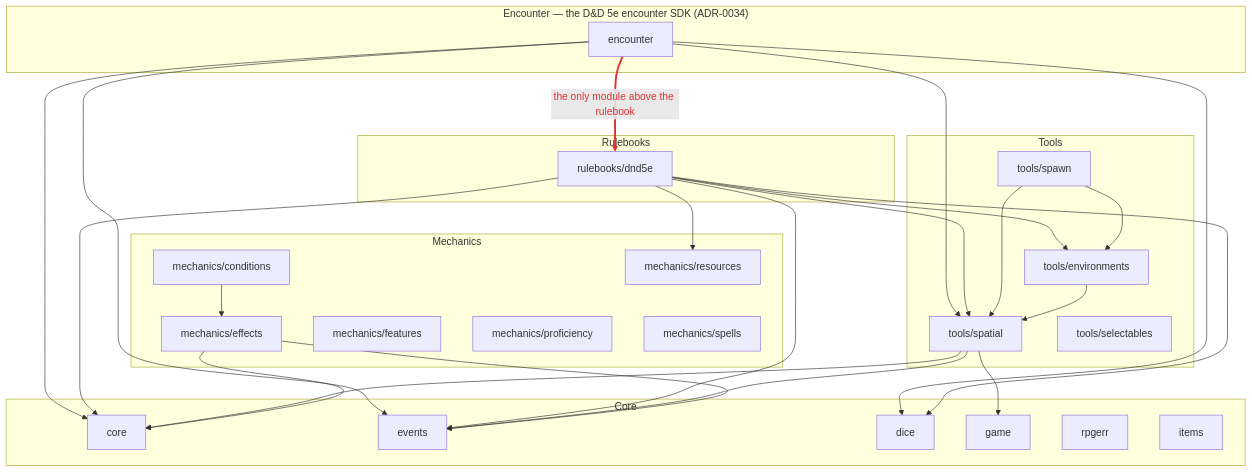
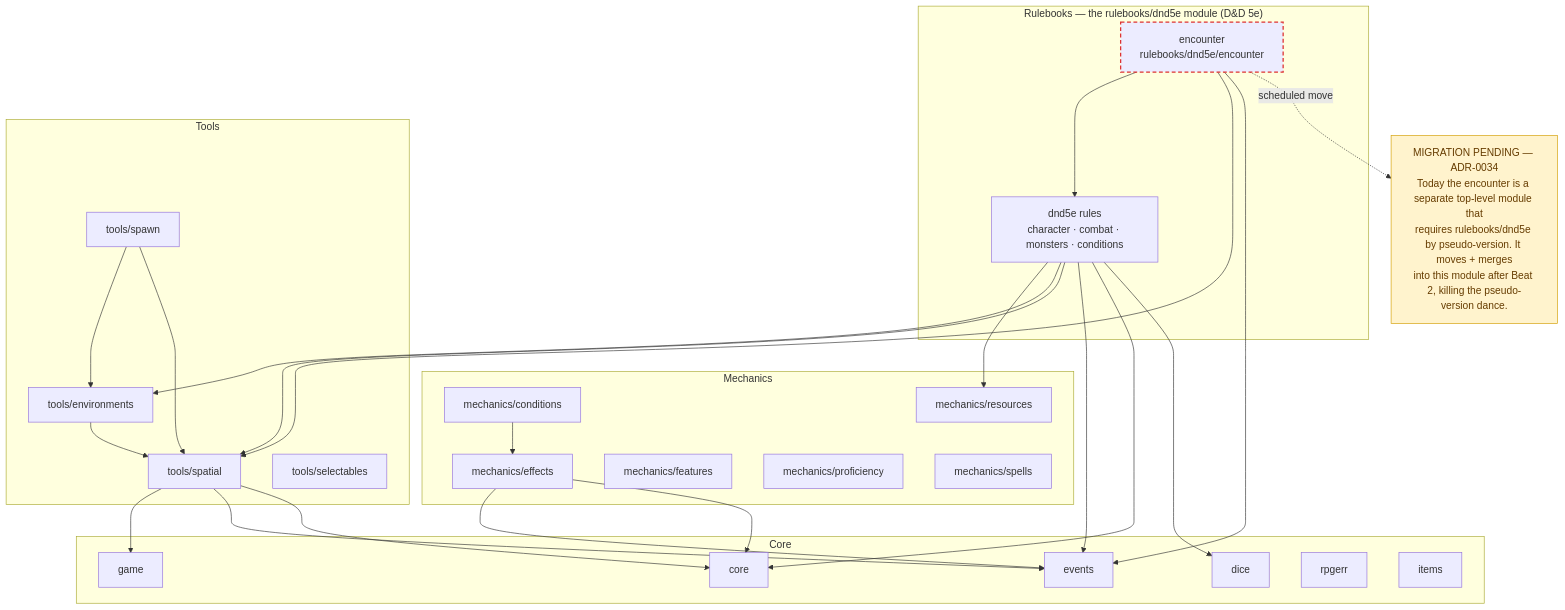
Before and after one commit to KirkDiggler/rpg-toolkit: the first of 2 diagrams in docs/architecture/overview.md, drawn with Mermaid. The commit also changed other lines of this file and 1 other file, not shown here.

````diff
--- a/docs/architecture/overview.md
+++ b/docs/architecture/overview.md
@@ -31,42 +32,44 @@
 ```mermaid
 flowchart TD
-  subgraph ENCL["Encounter — the D&D 5e encounter SDK (ADR-0034)"]
-    ENC["encounter"]
-  end
-  subgraph RB["Rulebooks"]
-    DND["rulebooks/dnd5e"]
+  subgraph RB["Rulebooks — the rulebooks/dnd5e module (D&D 5e)"]
+    DND["dnd5e rules<br/>character · combat · monsters · conditions"]
+    ENC["encounter<br/>rulebooks/dnd5e/encounter"]
+    ENC --> DND
   end
   subgraph TOOLS["Tools"]
     SPATIAL["tools/spatial"]
     ENV["tools/environments"]
     SEL["tools/selectables"]
     SPAWN["tools/spawn"]
   end
   subgraph MECH["Mechanics"]
     EFFECTS["mechanics/effects"]
     COND["mechanics/conditions"]
     RES["mechanics/resources"]
     FEAT["mechanics/features"]
     PROF["mechanics/proficiency"]
     SPELLS["mechanics/spells"]
   end
   subgraph CORELYR["Core"]
     C["core"]
     EV["events"]
     DICE["dice"]
     GAME["game"]
     ERR["rpgerr"]
     ITEMS["items"]
   end
 
-  ENC ==>|"the only module above the rulebook"| DND
-  ENC --> SPATIAL & EV & C & DICE
+  ENC --> SPATIAL & EV
   DND --> RES & ENV & SPATIAL & EV & C & DICE
   SPAWN --> ENV & SPATIAL
   ENV --> SPATIAL
   SPATIAL --> GAME & EV & C
   COND --> EFFECTS
   EFFECTS --> EV & C
 
-  linkStyle 0 stroke:#d33,stroke-width:3px,color:#d33
+  MIG["MIGRATION PENDING — ADR-0034<br/>Today the encounter is a separate top-level module that<br/>requires rulebooks/dnd5e by pseudo-version. It moves + merges<br/>into this module after Beat 2, killing the pseudo-version dance."]
+  ENC -.->|"scheduled move"| MIG
+
+  style ENC stroke:#d33,stroke-width:2px,stroke-dasharray:6 4
+  style MIG fill:#fff3cd,stroke:#d39e00,color:#663c00
 ```
````
